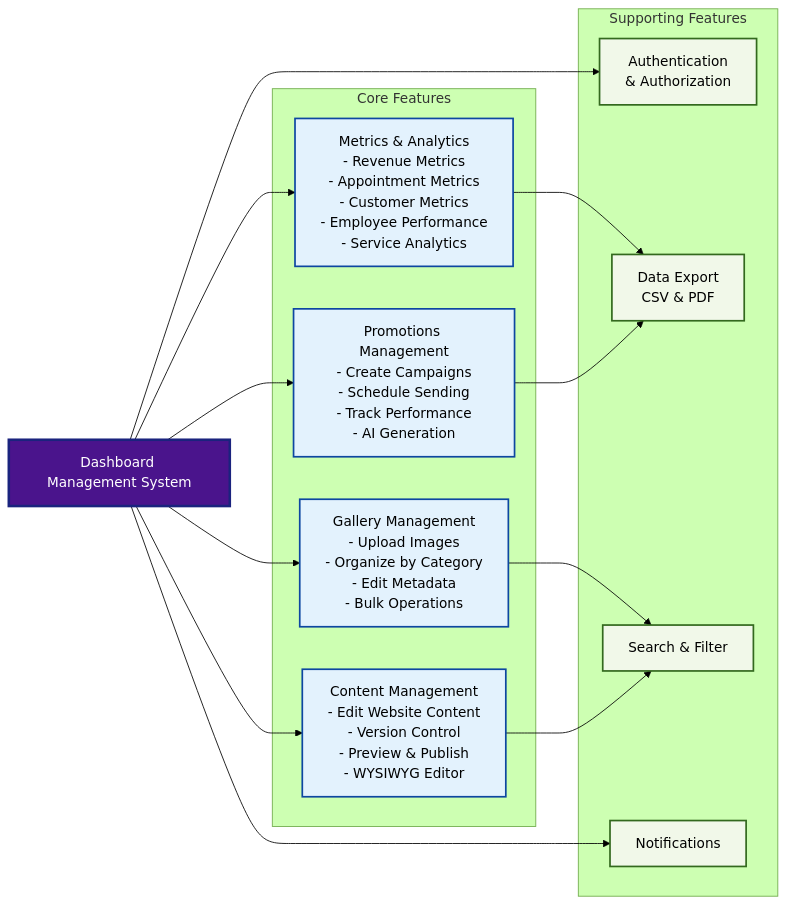
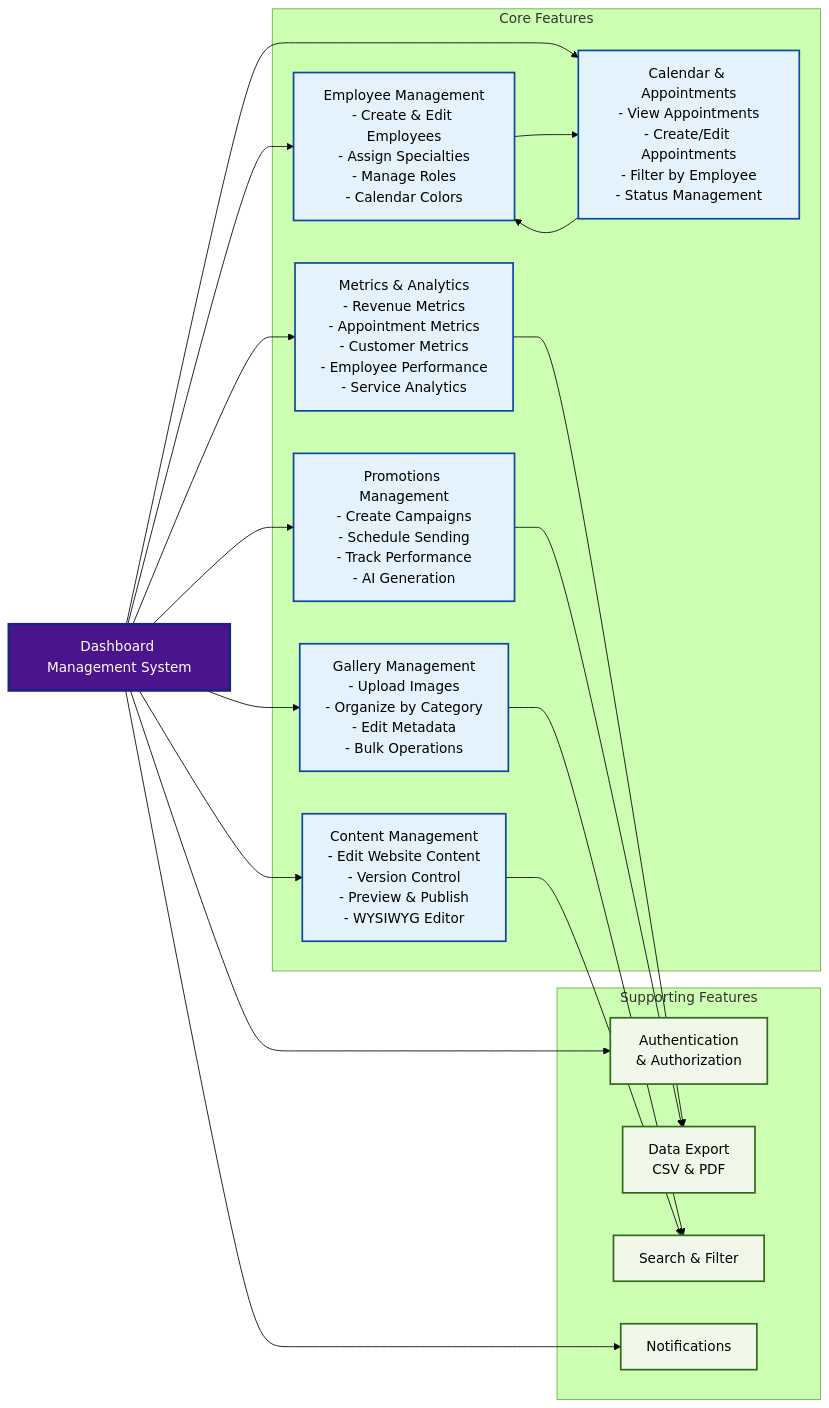
One commit to ngdzu/atelier2 changed the diagram in doc/diagrams/dashboard-feature-overview.mmd. Above: the diagram before and after it, drawn with Mermaid (forest theme). The commit also changed 16 other files, not shown here.

```diff
--- a/doc/diagrams/dashboard-feature-overview.mmd
+++ b/doc/diagrams/dashboard-feature-overview.mmd
@@ -1,44 +1,52 @@
 %% Dashboard Management System - Feature Overview Diagram
 %% Generated for DASHBOARD_REQUIREMENTS.md
 
 graph LR
     Dashboard[Dashboard Management System]
     
     subgraph Features["Core Features"]
         Metrics[Metrics & Analytics<br/>- Revenue Metrics<br/>- Appointment Metrics<br/>- Customer Metrics<br/>- Employee Performance<br/>- Service Analytics]
         
         Promotions[Promotions Management<br/>- Create Campaigns<br/>- Schedule Sending<br/>- Track Performance<br/>- AI Generation]
         
         Content[Content Management<br/>- Edit Website Content<br/>- Version Control<br/>- Preview & Publish<br/>- WYSIWYG Editor]
         
         Gallery[Gallery Management<br/>- Upload Images<br/>- Organize by Category<br/>- Edit Metadata<br/>- Bulk Operations]
+        
+        Employees[Employee Management<br/>- Create & Edit Employees<br/>- Assign Specialties<br/>- Manage Roles<br/>- Calendar Colors]
+        
+        Calendar[Calendar & Appointments<br/>- View Appointments<br/>- Create/Edit Appointments<br/>- Filter by Employee<br/>- Status Management]
     end
     
     subgraph Support["Supporting Features"]
         Auth[Authentication<br/>& Authorization]
         Export[Data Export<br/>CSV & PDF]
         Search[Search & Filter]
         Notifications[Notifications]
     end
     
     Dashboard --> Metrics
     Dashboard --> Promotions
     Dashboard --> Content
     Dashboard --> Gallery
+    Dashboard --> Employees
+    Dashboard --> Calendar
     
     Metrics --> Export
     Promotions --> Export
     Gallery --> Search
     Content --> Search
+    Calendar --> Employees
+    Employees --> Calendar
     
     Dashboard --> Auth
     Dashboard --> Notifications
     
     %% Styling
     classDef dashboard fill:#4a148c,stroke:#1a237e,stroke-width:3px,color:#ffffff
     classDef feature fill:#e3f2fd,stroke:#0d47a1,stroke-width:2px,color:#000000
     classDef support fill:#f1f8e9,stroke:#33691e,stroke-width:2px,color:#000000
     
     class Dashboard dashboard
-    class Metrics,Promotions,Content,Gallery feature
+    class Metrics,Promotions,Content,Gallery,Employees,Calendar feature
     class Auth,Export,Search,Notifications support
```
